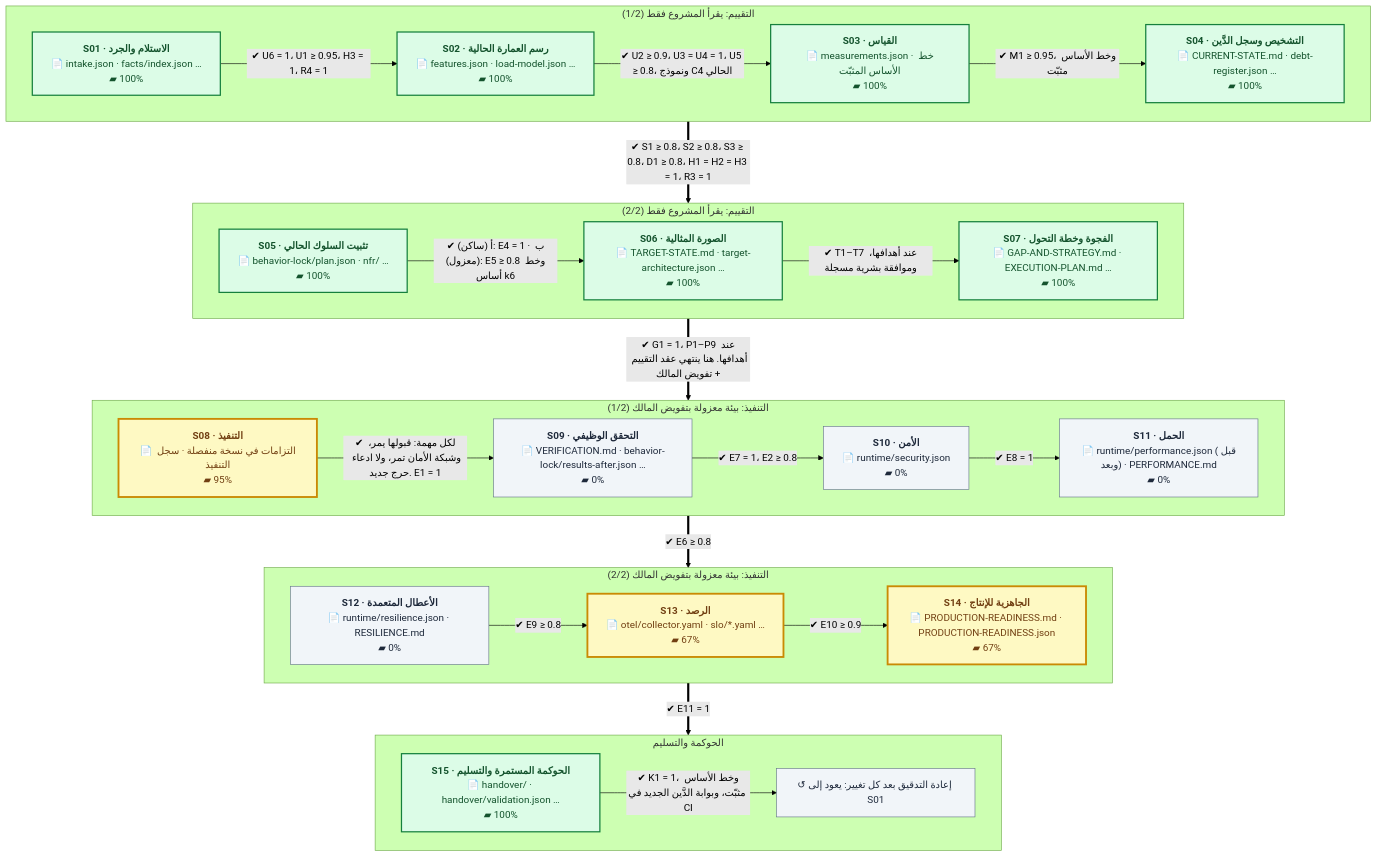
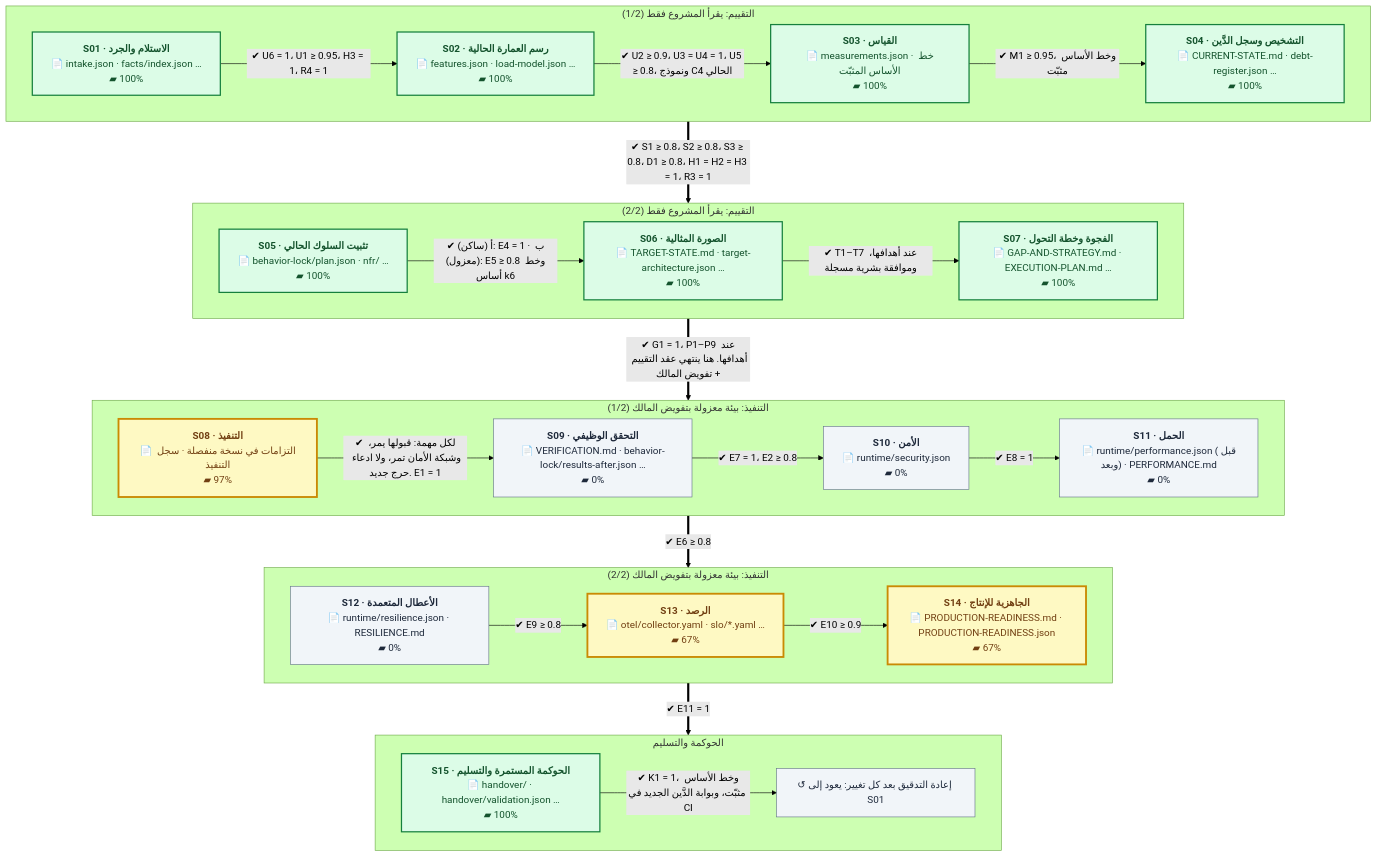
Before and after one commit to eom1417/engineering-audit-os: the first of 2 diagrams in README.md, drawn with Mermaid (forest theme). The commit also changed other lines of this file and 6 other files, not shown here.

````diff
--- a/README.md
+++ b/README.md
@@ -52,54 +52,54 @@
 ```mermaid
 %%{init: {'flowchart': {'wrappingWidth': 260, 'nodeSpacing': 40, 'rankSpacing': 60}}}%%
 flowchart TB
     subgraph P1["التقييم: يقرأ المشروع فقط (1/2)"]
         direction LR
         S01["<b>S01 · الاستلام والجرد</b><br/>📄 intake.json · facts/index.json …<br/>▰ 100%"]:::done
         S02["<b>S02 · رسم العمارة الحالية</b><br/>📄 features.json · load-model.json …<br/>▰ 100%"]:::done
         S03["<b>S03 · القياس</b><br/>📄 measurements.json · خط الأساس المثبّت<br/>▰ 100%"]:::done
         S04["<b>S04 · التشخيص وسجل الدَّين</b><br/>📄 CURRENT-STATE.md · debt-register.json …<br/>▰ 100%"]:::done
         S01 -->|"✔ U6 = 1، U1 ≥ 0.95، H3 = 1، R4 = 1"| S02
         S02 -->|"✔ U2 ≥ 0.9، U3 = U4 = 1، U5 ≥ 0.8، ونموذج C4 الحالي"| S03
         S03 -->|"✔ M1 ≥ 0.95، وخط الأساس مثبّت"| S04
     end
     subgraph P2["التقييم: يقرأ المشروع فقط (2/2)"]
         direction LR
         S05["<b>S05 · تثبيت السلوك الحالي</b><br/>📄 behavior-lock/plan.json · nfr/ …<br/>▰ 100%"]:::done
         S06["<b>S06 · الصورة المثالية</b><br/>📄 TARGET-STATE.md · target-architecture.json …<br/>▰ 100%"]:::done
         S07["<b>S07 · الفجوة وخطة التحول</b><br/>📄 GAP-AND-STRATEGY.md · EXECUTION-PLAN.md …<br/>▰ 100%"]:::done
         S05 -->|"✔ أ (ساكن): E4 = 1 · ب (معزول): E5 ≥ 0.8 وخط أساس k6"| S06
         S06 -->|"✔ T1–T7 عند أهدافها، وموافقة بشرية مسجلة"| S07
     end
     subgraph P3["التنفيذ: بيئة معزولة بتفويض المالك (1/2)"]
         direction LR
-        S08["<b>S08 · التنفيذ</b><br/>📄 التزامات في نسخة منفصلة · سجل التنفيذ<br/>▰ 95%"]:::current
+        S08["<b>S08 · التنفيذ</b><br/>📄 التزامات في نسخة منفصلة · سجل التنفيذ<br/>▰ 97%"]:::current
         S09["<b>S09 · التحقق الوظيفي</b><br/>📄 VERIFICATION.md · behavior-lock/results-after.json …<br/>▰ 0%"]:::next
         S10["<b>S10 · الأمن</b><br/>📄 runtime/security.json<br/>▰ 0%"]:::next
         S11["<b>S11 · الحمل</b><br/>📄 runtime/performance.json (قبل وبعد) · PERFORMANCE.md<br/>▰ 0%"]:::next
         S08 -->|"✔ لكل مهمة: قبولها يمر، وشبكة الأمان تمر، ولا ادعاء حرج جديد. E1 = 1"| S09
         S09 -->|"✔ E7 = 1، E2 ≥ 0.8"| S10
         S10 -->|"✔ E8 = 1"| S11
     end
     subgraph P4["التنفيذ: بيئة معزولة بتفويض المالك (2/2)"]
         direction LR
         S12["<b>S12 · الأعطال المتعمدة</b><br/>📄 runtime/resilience.json · RESILIENCE.md<br/>▰ 0%"]:::next
         S13["<b>S13 · الرصد</b><br/>📄 otel/collector.yaml · slo/*.yaml …<br/>▰ 67%"]:::current
         S14["<b>S14 · الجاهزية للإنتاج</b><br/>📄 PRODUCTION-READINESS.md · PRODUCTION-READINESS.json<br/>▰ 67%"]:::current
         S12 -->|"✔ E9 ≥ 0.8"| S13
         S13 -->|"✔ E10 ≥ 0.9"| S14
     end
     subgraph P5["الحوكمة والتسليم"]
         direction LR
         S15["<b>S15 · الحوكمة المستمرة والتسليم</b><br/>📄 handover/ · handover/validation.json …<br/>▰ 100%"]:::done
         LOOP["↺ إعادة التدقيق بعد كل تغيير: يعود إلى S01"]:::next
         S15 -->|"✔ K1 = 1، وخط الأساس مثبّت، وبوابة الدَّين الجديد في CI"| LOOP
     end
     P1 ==>|"✔ S1 ≥ 0.8، S2 ≥ 0.8، S3 ≥ 0.8، D1 ≥ 0.8، H1 = H2 = H3 = 1، R3 = 1"| P2
     P2 ==>|"✔ G1 = 1، P1–P9 عند أهدافها. هنا ينتهي عقد التقييم + تفويض المالك"| P3
     P3 ==>|"✔ E6 ≥ 0.8"| P4
     P4 ==>|"✔ E11 = 1"| P5
     classDef done fill:#dcfce7,stroke:#15803d,color:#14532d,stroke-width:2px
     classDef current fill:#fef9c3,stroke:#ca8a04,color:#713f12,stroke-width:3px
     classDef next fill:#f1f5f9,stroke:#64748b,color:#1e293b
     classDef owner fill:#fee2e2,stroke:#b91c1c,color:#7f1d1d,stroke-dasharray:5 3
 ```
````
